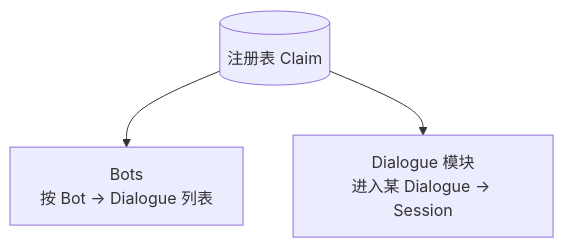
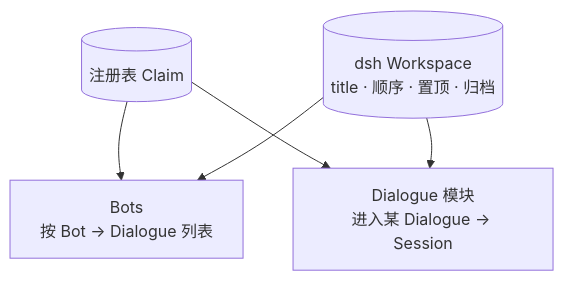
Before and after one commit to aningdev/MyAid: the sixth of 6 diagrams in docs/BOT_SESSION_MAP.md, drawn with Mermaid. The commit also changed other lines of this file and 71 other files, not shown here.

````diff
--- a/docs/BOT_SESSION_MAP.md
+++ b/docs/BOT_SESSION_MAP.md
@@ -122,8 +129,11 @@
 ```mermaid
 flowchart TB
   claims[(注册表 Claim)]
+  ws[(dsh Workspace<br/>title · 顺序 · 置顶 · 归档)]
   bots["Bots<br/>按 Bot → Dialogue 列表"]
   chat["Dialogue 模块<br/>进入某 Dialogue → Session"]
   claims --> bots
   claims --> chat
+  ws --> bots
+  ws --> chat
 ```
````
